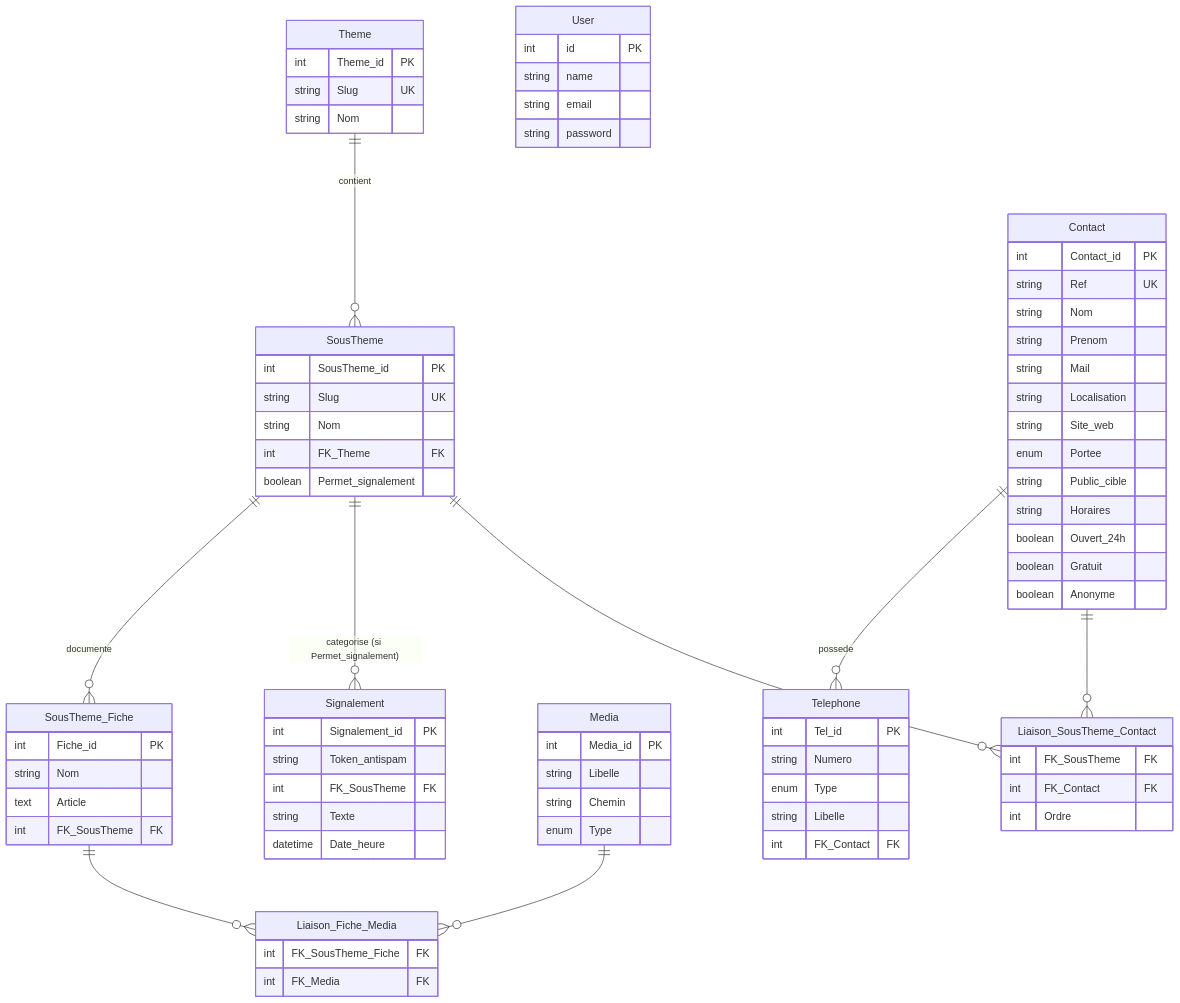
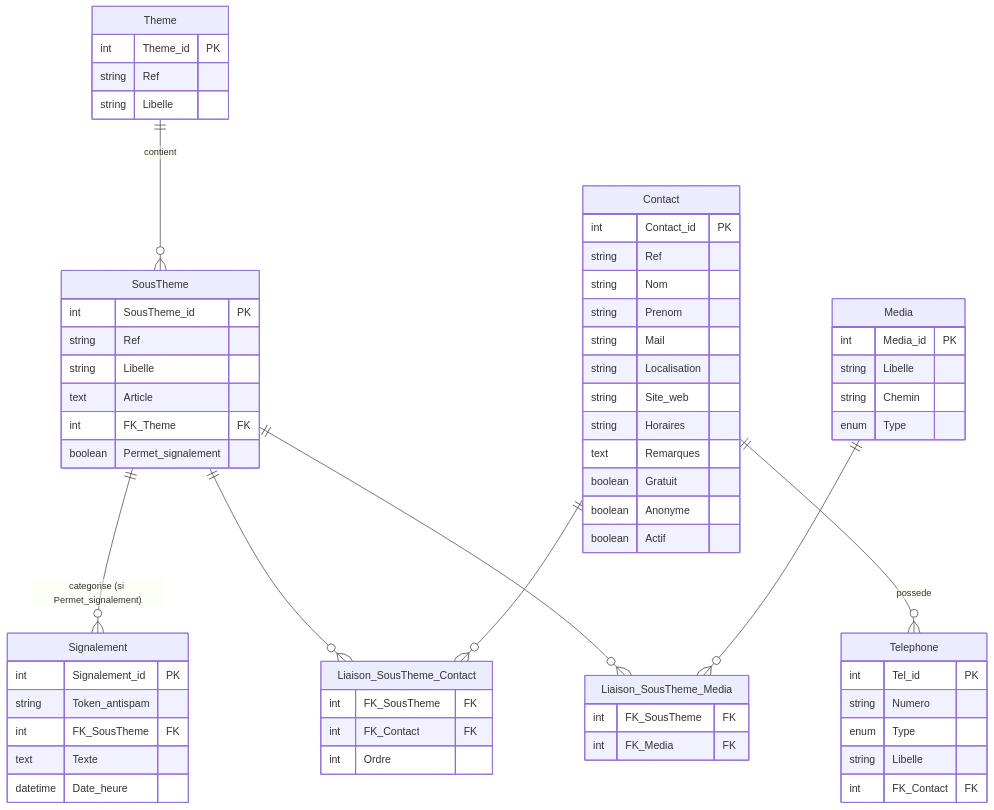
One commit to S-T-L/Safe-Campus-back changed the second of 4 diagrams in docs/schema_bd.md. Above: the diagram before and after it, drawn with Mermaid. The commit also changed other lines of this file, not shown here.

````diff
--- a/docs/schema_bd.md
+++ b/docs/schema_bd.md
@@ -18,40 +109,33 @@
 ```mermaid
 erDiagram
     Theme {
-        int    Theme_id  PK
-        string Slug      UK
-        string Nom
+        int    Theme_id PK
+        string Ref
+        string Libelle
     }
 
     SousTheme {
-        int     SousTheme_id        PK
-        string  Slug                UK
-        string  Nom
-        int     FK_Theme            FK
+        int     SousTheme_id       PK
+        string  Ref
+        string  Libelle
+        text    Article
+        int     FK_Theme           FK
         boolean Permet_signalement
-    }
-
-    SousTheme_Fiche {
-        int    Fiche_id     PK
-        string Nom
-        text   Article
-        int    FK_SousTheme FK
     }
 
     Contact {
         int     Contact_id   PK
-        string  Ref          UK
+        string  Ref
         string  Nom
         string  Prenom
         string  Mail
         string  Localisation
         string  Site_web
-        enum    Portee
-        string  Public_cible
         string  Horaires
-        boolean Ouvert_24h
+        text    Remarques
         boolean Gratuit
         boolean Anonyme
+        boolean Actif
     }
 
     Telephone {
@@ -69,18 +153,11 @@
         enum   Type
     }
 
-    User {
-        int    id       PK
-        string name
-        string email
-        string password
-    }
-
     Signalement {
         int      Signalement_id PK
         string   Token_antispam
         int      FK_SousTheme   FK
-        string   Texte
+        text     Texte
         datetime Date_heure
     }
 
@@ -90,17 +167,16 @@
         int Ordre
     }
 
-    Liaison_Fiche_Media {
-        int FK_SousTheme_Fiche FK
-        int FK_Media           FK
+    Liaison_SousTheme_Media {
+        int FK_SousTheme FK
+        int FK_Media     FK
     }
 
-    Theme           ||--o{ SousTheme                 : "contient"
-    SousTheme       ||--o{ SousTheme_Fiche           : "documente"
-    SousTheme       ||--o{ Signalement               : "categorise (si Permet_signalement)"
-    Contact         ||--o{ Telephone                 : "possede"
-    Contact         ||--o{ Liaison_SousTheme_Contact : ""
-    SousTheme       ||--o{ Liaison_SousTheme_Contact : ""
-    SousTheme_Fiche ||--o{ Liaison_Fiche_Media       : ""
-    Media           ||--o{ Liaison_Fiche_Media       : ""
+    Theme     ||--o{ SousTheme                 : "contient"
+    SousTheme ||--o{ Signalement               : "categorise (si Permet_signalement)"
+    SousTheme ||--o{ Liaison_SousTheme_Contact : ""
+    Contact   ||--o{ Liaison_SousTheme_Contact : ""
+    Contact   ||--o{ Telephone                 : "possede"
+    SousTheme ||--o{ Liaison_SousTheme_Media   : ""
+    Media     ||--o{ Liaison_SousTheme_Media   : ""
 ```
````
